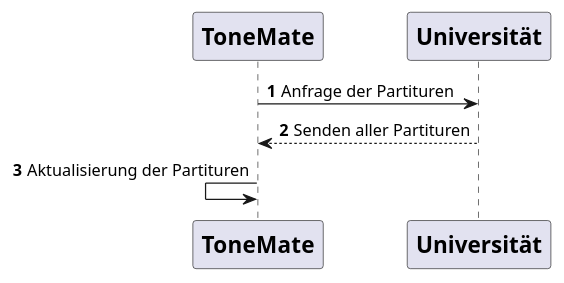
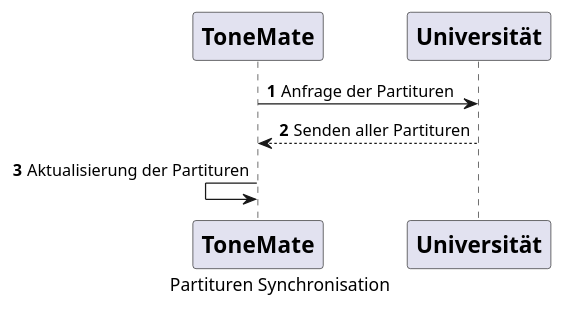
Before and after one commit to BB223/sw-architecture: the diagram in diagrams/laufzeit_partituren.puml, drawn with PlantUML. The commit also changed 18 other files, not shown here.

```diff
--- a/diagrams/laufzeit_partituren.puml
+++ b/diagrams/laufzeit_partituren.puml
@@ -1,16 +1,19 @@
 @startuml
+
+caption Partituren Synchronisation
+
 autonumber
 participant ToneMate [
     =ToneMate
 ]
 
 participant Uni [
     =Universität
 ]
 
 ToneMate -> Uni: Anfrage der Partituren
 ToneMate <-- Uni: Senden aller Partituren
 
 ToneMate <- ToneMate: Aktualisierung der Partituren
 
 @enduml
```
